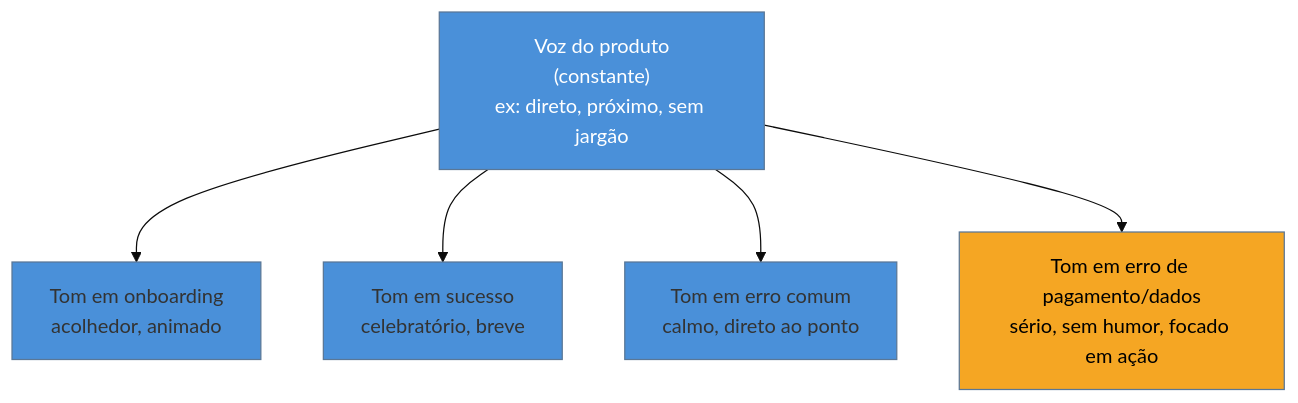
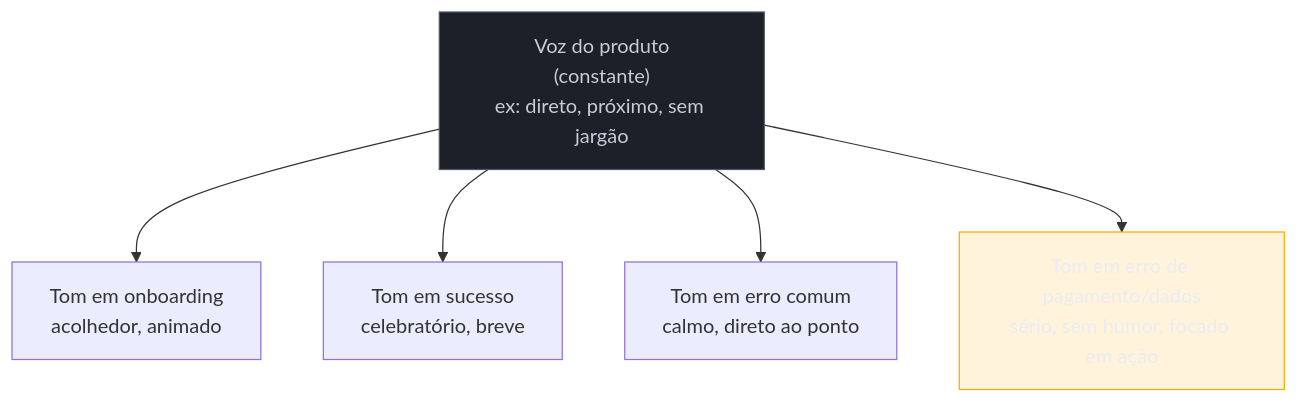
The diagram in 03-Dominios/Engenharia/UX/UX Writing e Content Design/33 - Voz e tom.md (josenaldo/codex-technomanticus), drawn with Mermaid before and after one commit. The commit also changed 1181 other files, not shown here.

First line of the commit message:
fix(diagramas): paleta do sistema no lugar de cor cravada no markdown

````diff
--- a/03-Dominios/Engenharia/UX/UX Writing e Content Design/33 - Voz e tom.md
+++ b/03-Dominios/Engenharia/UX/UX Writing e Content Design/33 - Voz e tom.md
@@ -28,10 +28,11 @@
 ```mermaid
-%%{init: {"theme": "base", "themeVariables": {"primaryColor": "#4A90D9"}}}%%
 graph TD
+    classDef neutro fill:#1B2029,stroke:#4E5666,color:#C6CCD8
+    classDef destaque fill:#FFAA0024,stroke:#FFAA00,color:#E9ECF2
     V["Voz do produto<br/>(constante)<br/>ex: direto, próximo, sem jargão"] --> T1["Tom em onboarding<br/>acolhedor, animado"]
     V --> T2["Tom em sucesso<br/>celebratório, breve"]
     V --> T3["Tom em erro comum<br/>calmo, direto ao ponto"]
     V --> T4["Tom em erro de pagamento/dados<br/>sério, sem humor, focado em ação"]
-    style V fill:#4A90D9,color:#fff
-    style T4 fill:#F5A623,color:#000
+    class V neutro
+    class T4 destaque
 ```
````
